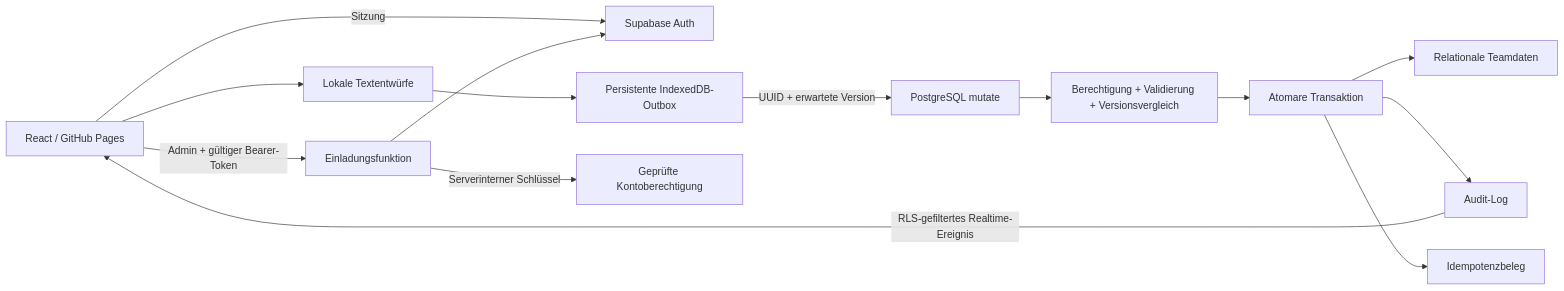
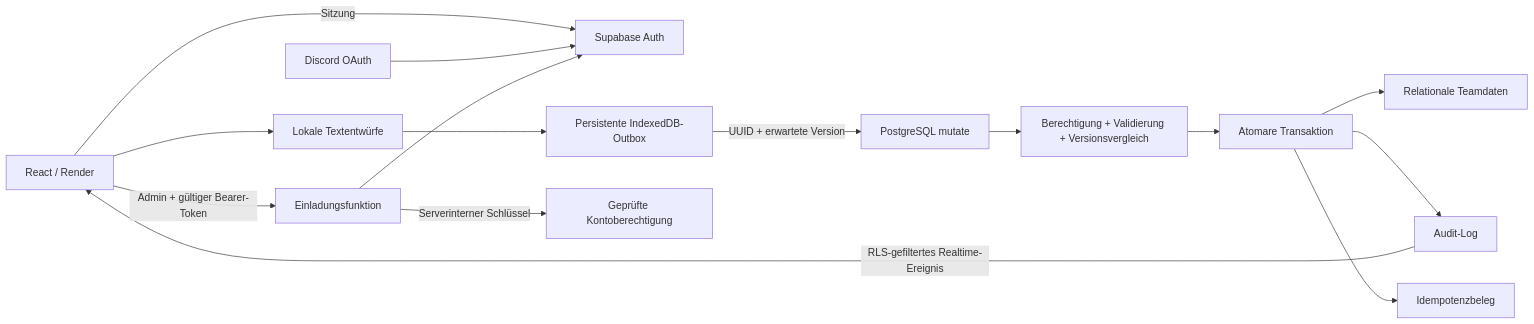
One commit to timhly/teamverwaltungnexville changed the diagram in docs/ARCHITEKTUR.md. Above: the diagram before and after it, drawn with Mermaid. The commit also changed other lines of this file and 24 other files, not shown here.

````diff
--- a/docs/ARCHITEKTUR.md
+++ b/docs/ARCHITEKTUR.md
@@ -5,16 +5,17 @@
 ```mermaid
 flowchart LR
-  UI[React / GitHub Pages] -->|Sitzung| Auth[Supabase Auth]
+  UI[React / Render] -->|Sitzung| Auth[Supabase Auth]
+  Discord[Discord OAuth] --> Auth
   UI --> Draft[Lokale Textentwürfe]
   Draft --> Queue[Persistente IndexedDB-Outbox]
   Queue -->|UUID + erwartete Version| RPC[PostgreSQL mutate]
   RPC --> Check[Berechtigung + Validierung + Versionsvergleich]
   Check --> TX[Atomare Transaktion]
   TX --> Data[Relationale Teamdaten]
   TX --> Audit[Audit-Log]
   TX --> Receipt[Idempotenzbeleg]
   Audit -->|RLS-gefiltertes Realtime-Ereignis| UI
   UI -->|Admin + gültiger Bearer-Token| Edge[Einladungsfunktion]
   Edge --> Auth
   Edge -->|Serverinterner Schlüssel| Access[Geprüfte Kontoberechtigung]
 ```
````
